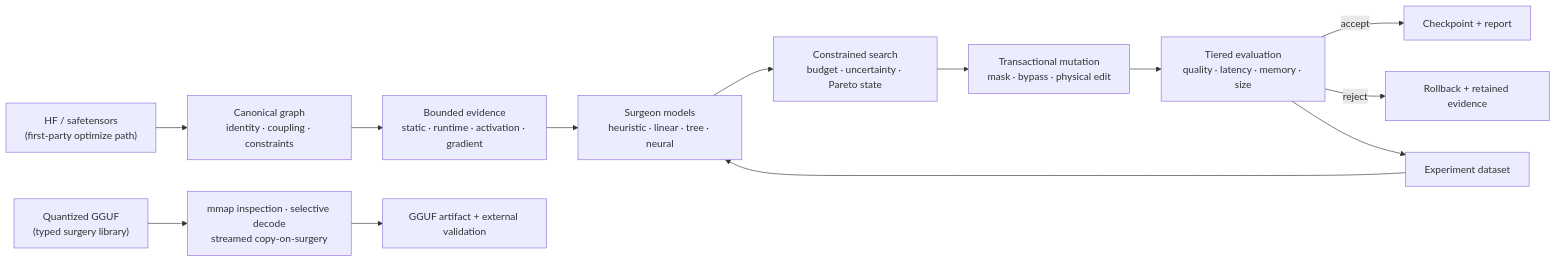
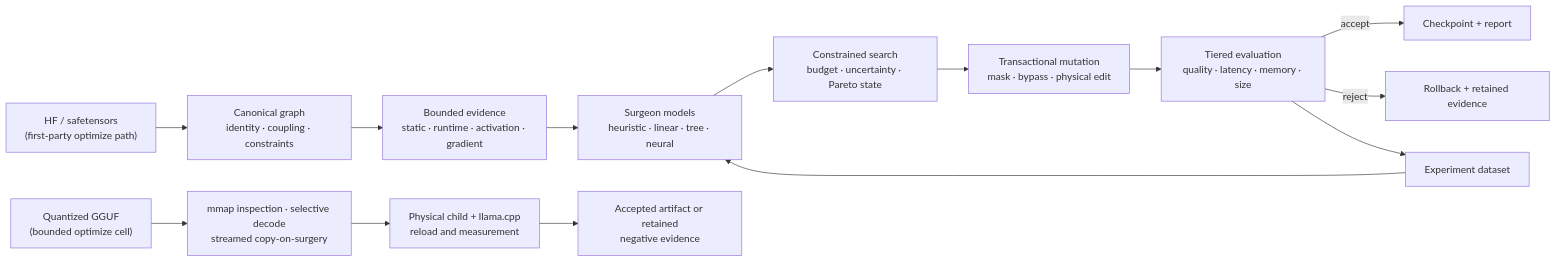
Before and after one commit to xdCloudy/ModelSurgeon: the diagram in README.md, drawn with Mermaid. The commit also changed other lines of this file, not shown here.

Commit message:
docs: refresh native GGUF README boundary (#676)

````diff
--- a/README.md
+++ b/README.md
@@ -584,15 +584,16 @@
 ```mermaid
 flowchart LR
     INPUT_HF["HF / safetensors<br/>(first-party optimize path)"] --> GRAPH["Canonical graph<br/>identity · coupling · constraints"]
     GRAPH --> FEATURES["Bounded evidence<br/>static · runtime · activation · gradient"]
     FEATURES --> SURGEON["Surgeon models<br/>heuristic · linear · tree · neural"]
     SURGEON --> SEARCH["Constrained search<br/>budget · uncertainty · Pareto state"]
     SEARCH --> MUTATE["Transactional mutation<br/>mask · bypass · physical edit"]
     MUTATE --> EVAL["Tiered evaluation<br/>quality · latency · memory · size"]
     EVAL -->|accept| OUTPUT["Checkpoint + report"]
     EVAL -->|reject| ROLLBACK["Rollback + retained evidence"]
     EVAL --> DATA["Experiment dataset"]
     DATA --> SURGEON
-    INPUT_GGUF["Quantized GGUF<br/>(typed surgery library)"] --> GGUF["mmap inspection · selective decode<br/>streamed copy-on-surgery"]
-    GGUF --> GGUF_OUT["GGUF artifact + external validation"]
+    INPUT_GGUF["Quantized GGUF<br/>(bounded optimize cell)"] --> GGUF["mmap inspection · selective decode<br/>streamed copy-on-surgery"]
+    GGUF --> GGUF_EVAL["Physical child + llama.cpp<br/>reload and measurement"]
+    GGUF_EVAL --> GGUF_OUT["Accepted artifact or retained<br/>negative evidence"]
 ```
````
